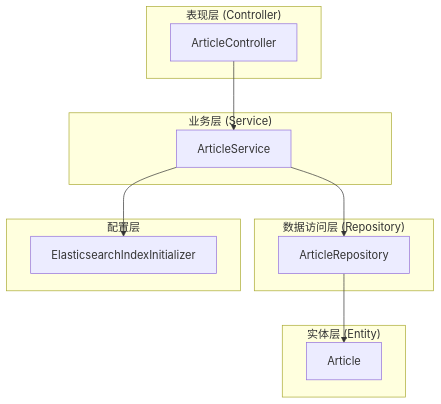
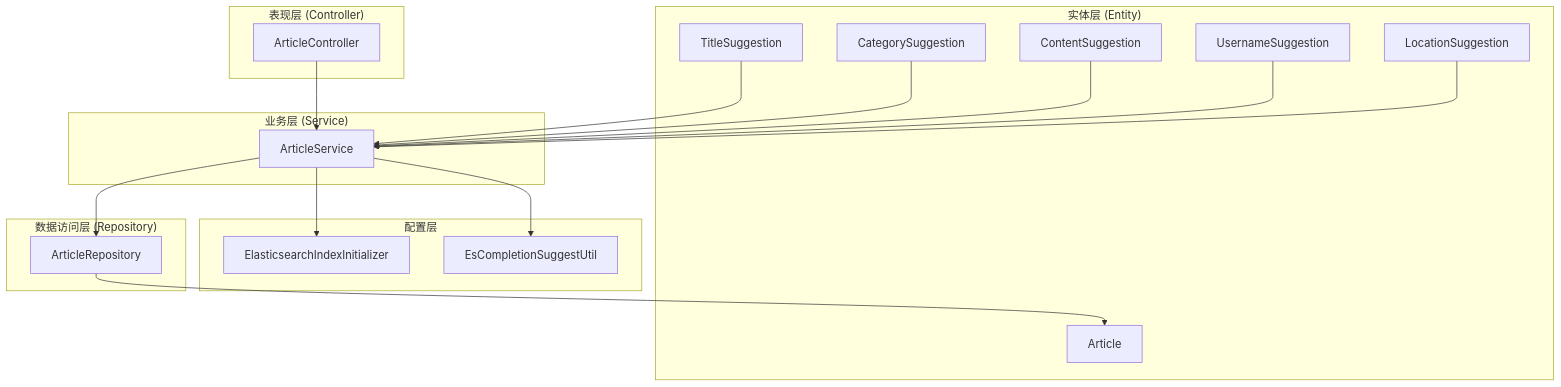
Before and after one commit to 20164206160/zhishilu: the first of 8 diagrams in .qoder/repowiki/zh/content/文章内容管理/文章服务层实现/文章搜索功能.md, drawn with Mermaid. The commit also changed other lines of this file and 28 other files, not shown here.

````diff
--- a/.qoder/repowiki/zh/content/文章内容管理/文章服务层实现/文章搜索功能.md
+++ b/.qoder/repowiki/zh/content/文章内容管理/文章服务层实现/文章搜索功能.md
@@ -43,22 +57,34 @@
 ```mermaid
 graph TB
 subgraph "表现层 (Controller)"
 AC[ArticleController]
 end
 subgraph "业务层 (Service)"
 AS[ArticleService]
 end
 subgraph "数据访问层 (Repository)"
 AR[ArticleRepository]
 end
 subgraph "实体层 (Entity)"
 AE[Article]
+TS[TitleSuggestion]
+CS[CategorySuggestion]
+PS[ContentSuggestion]
+US[UsernameSuggestion]
+LS[LocationSuggestion]
 end
 subgraph "配置层"
 EI[ElasticsearchIndexInitializer]
+ESS[EsCompletionSuggestUtil]
 end
 AC --> AS
 AS --> AR
 AR --> AE
 AS --> EI
+AS --> ESS
+TS --> AS
+CS --> AS
+PS --> AS
+US --> AS
+LS --> AS
 ```
````
